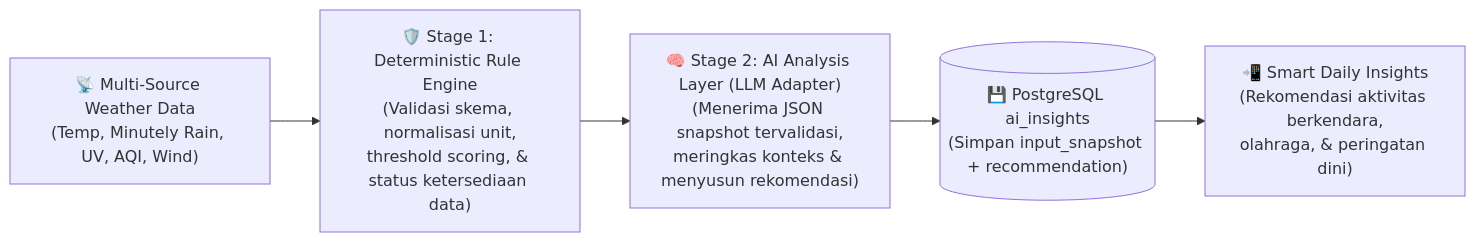
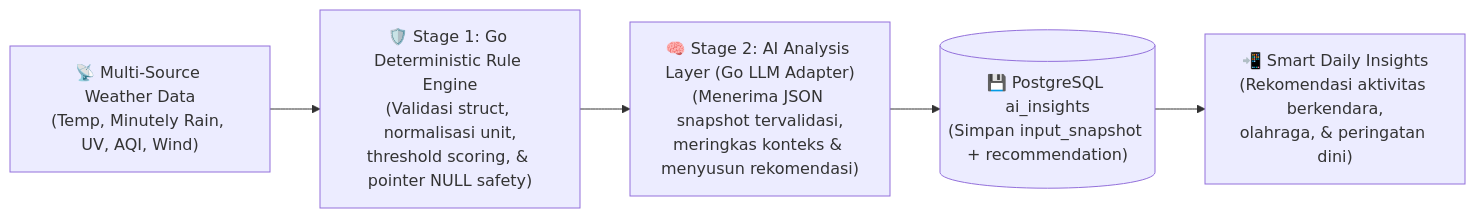
The second of 4 diagrams in README.md (afrizadwi21/weatherly), drawn with Mermaid before and after one commit. The commit also changed other lines of this file and 3 other files, not shown here.

Commit message:
refactor(arch): migrate backend architecture and CI workflows to Golang

````diff
--- a/README.md
+++ b/README.md
@@ -111,7 +112,7 @@
 ```mermaid
 flowchart LR
-    A["📡 Multi-Source Weather Data\n(Temp, Minutely Rain, UV, AQI, Wind)"] --> B["🛡️ Stage 1: Deterministic Rule Engine\n(Validasi skema, normalisasi unit,\nthreshold scoring, & status ketersediaan data)"]
-    B --> C["🧠 Stage 2: AI Analysis Layer (LLM Adapter)\n(Menerima JSON snapshot tervalidasi,\nmeringkas konteks & menyusun rekomendasi)"]
+    A["📡 Multi-Source Weather Data\n(Temp, Minutely Rain, UV, AQI, Wind)"] --> B["🛡️ Stage 1: Go Deterministic Rule Engine\n(Validasi struct, normalisasi unit,\nthreshold scoring, & pointer NULL safety)"]
+    B --> C["🧠 Stage 2: AI Analysis Layer (Go LLM Adapter)\n(Menerima JSON snapshot tervalidasi,\nmeringkas konteks & menyusun rekomendasi)"]
     C --> D[("💾 PostgreSQL ai_insights\n(Simpan input_snapshot + recommendation)")]
     D --> E["📲 Smart Daily Insights\n(Rekomendasi aktivitas berkendara,\nolahraga, & peringatan dini)"]
 ```
````
